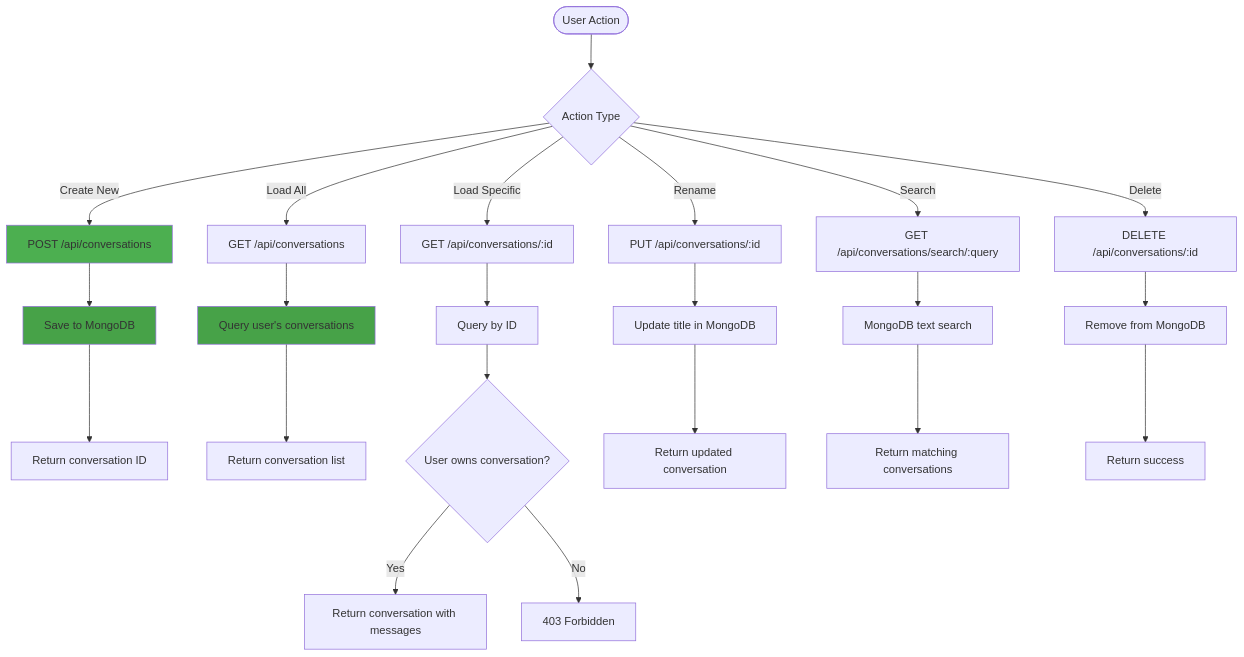
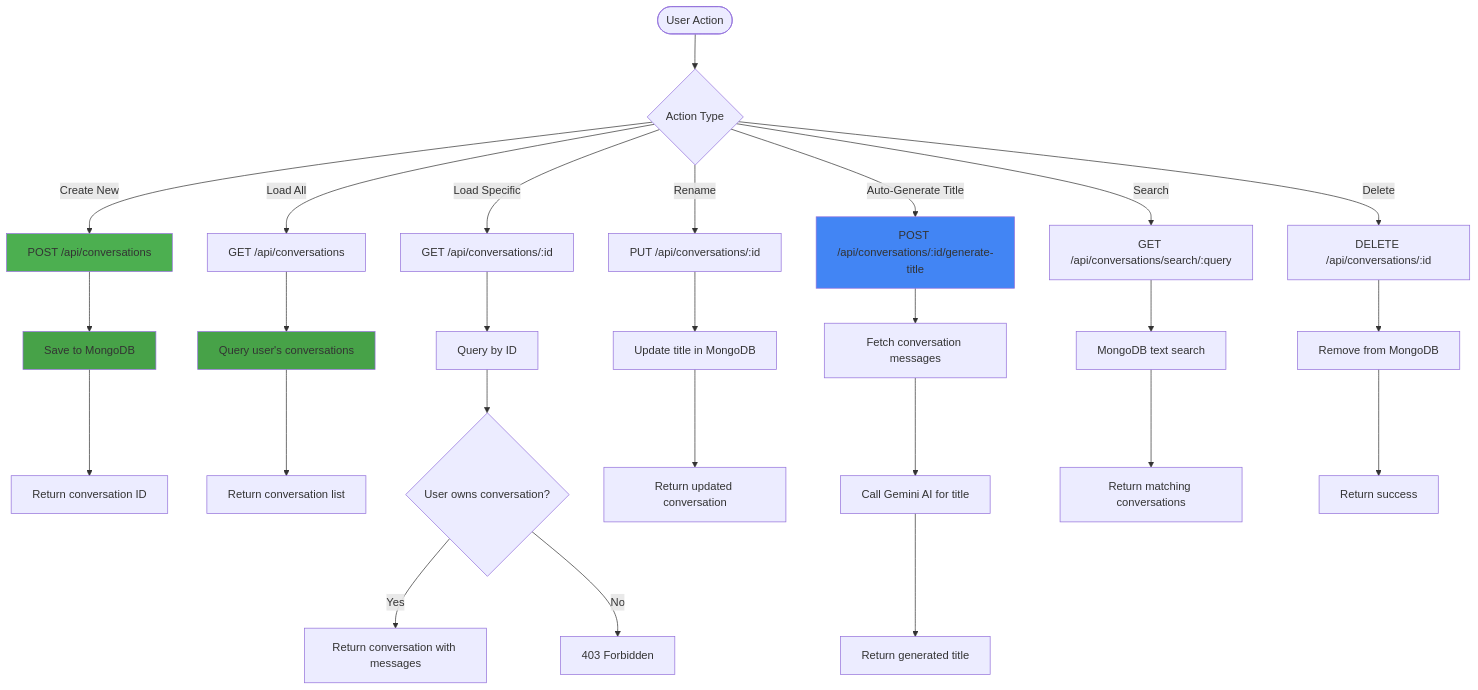
Before and after one commit to hoangsonww/AI-RAG-Assistant-Chatbot: diagram 16 of 30 in ARCHITECTURE.md, drawn with Mermaid. The commit also changed other lines of this file and 14 other files, not shown here.

Commit message:
feat(conversations): update default conversation title to "Untitled Conversation" and add TypeScript configuration for Vite

````diff
--- a/ARCHITECTURE.md
+++ b/ARCHITECTURE.md
@@ -672,34 +674,40 @@
 ```mermaid
 flowchart TD
     Start([User Action]) --> Action{Action Type}
 
     Action -->|Create New| CreateConv[POST /api/conversations]
     CreateConv --> SaveMongo1[Save to MongoDB]
     SaveMongo1 --> Return1[Return conversation ID]
 
     Action -->|Load All| GetConvs[GET /api/conversations]
     GetConvs --> QueryMongo1[Query user's conversations]
     QueryMongo1 --> Return2[Return conversation list]
 
     Action -->|Load Specific| GetConv[GET /api/conversations/:id]
     GetConv --> QueryMongo2[Query by ID]
     QueryMongo2 --> Verify{User owns conversation?}
     Verify -->|Yes| Return3[Return conversation with messages]
     Verify -->|No| Error1[403 Forbidden]
 
     Action -->|Rename| PutConv[PUT /api/conversations/:id]
     PutConv --> UpdateMongo[Update title in MongoDB]
     UpdateMongo --> Return4[Return updated conversation]
 
+    Action -->|Auto-Generate Title| GenTitle[POST /api/conversations/:id/generate-title]
+    GenTitle --> GetMessages[Fetch conversation messages]
+    GetMessages --> CallAI[Call Gemini AI for title]
+    CallAI --> ReturnTitle[Return generated title]
+
     Action -->|Search| SearchConv[GET /api/conversations/search/:query]
     SearchConv --> TextSearch[MongoDB text search]
     TextSearch --> Return5[Return matching conversations]
 
     Action -->|Delete| DeleteConv[DELETE /api/conversations/:id]
     DeleteConv --> RemoveMongo[Remove from MongoDB]
     RemoveMongo --> Return6[Return success]
 
     style CreateConv fill:#4CAF50
     style QueryMongo1 fill:#47A248
     style SaveMongo1 fill:#47A248
+    style GenTitle fill:#4285F4
 ```
````
